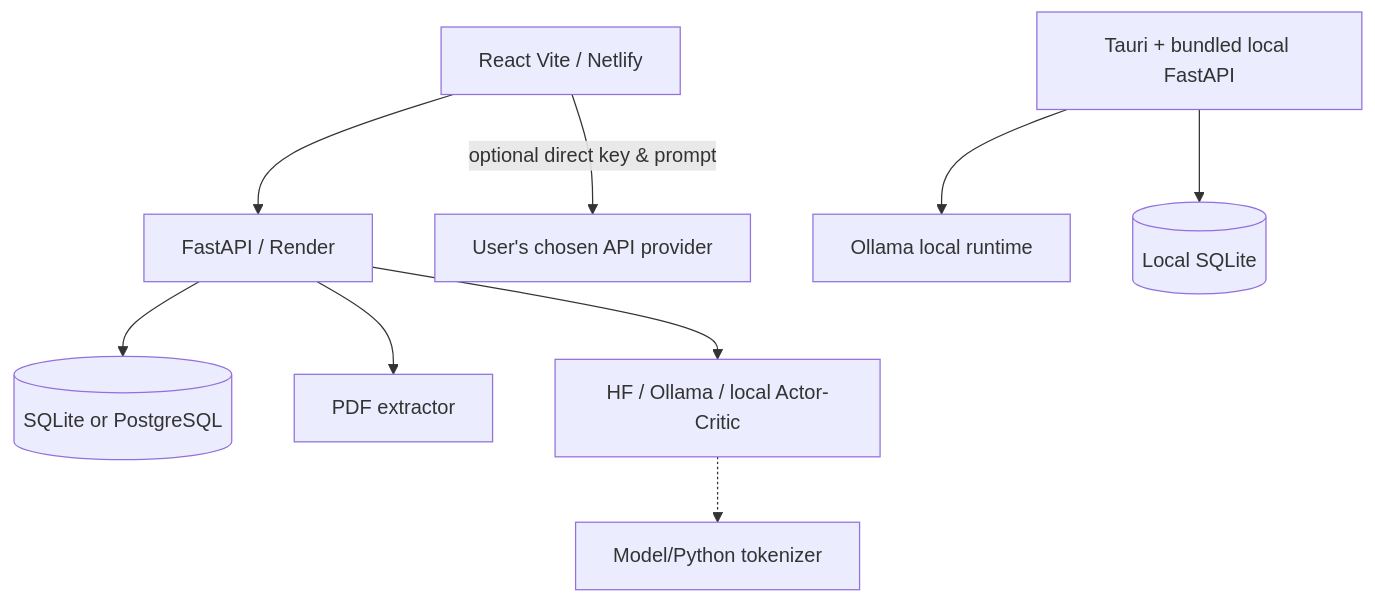
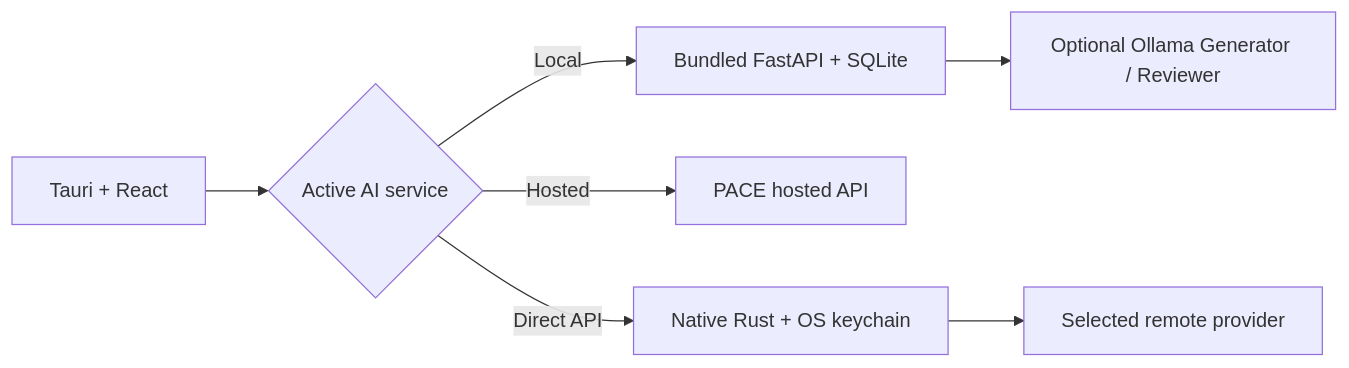
The diagram in README.md (KiritoTempest175/PACE), drawn with Mermaid before and after one commit. The commit also changed other lines of this file and 4 other files, not shown here.

````diff
--- a/README.md
+++ b/README.md
@@ -29,11 +28,9 @@
 ```mermaid
-flowchart TD
-  Web[React Vite / Netlify] --> API[FastAPI / Render]
-  Web -->|optional direct key & prompt| Provider[User's chosen API provider]
-  API --> DB[(SQLite or PostgreSQL)]
-  API --> PDFs[PDF extractor]
-  API --> AI[HF / Ollama / local Actor-Critic]
-  AI -.-> Tokens[Model/Python tokenizer]
-  Desktop[Tauri + bundled local FastAPI] --> Ollama[Ollama local runtime]
-  Desktop --> LocalDB[(Local SQLite)]
+flowchart LR
+ UI[Tauri + React] --> MODE{Active AI service}
+ MODE -->|Local| API[Bundled FastAPI + SQLite]
+ API --> OLLAMA[Optional Ollama Generator / Reviewer]
+ MODE -->|Hosted| CLOUD[PACE hosted API]
+ MODE -->|Direct API| RUST[Native Rust + OS keychain]
+ RUST --> EXT[Selected remote provider]
 ```
````
